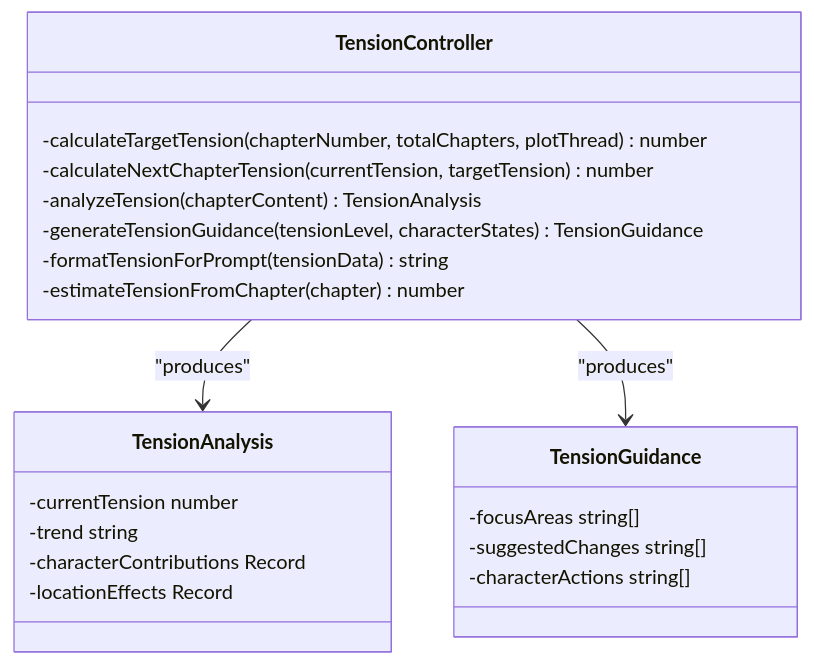
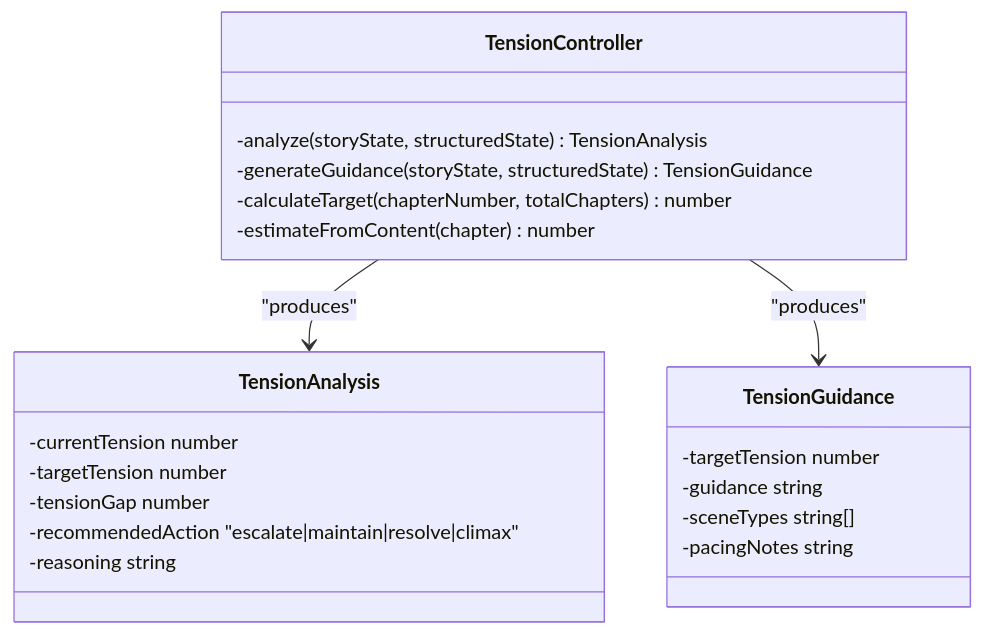
One commit to liwonder/NARRITIVE_OS changed the seventh of 11 diagrams in .qoder/repowiki/en/content/Engine Architecture/Engine Architecture.md. Above: the diagram before and after it, drawn with Mermaid. The commit also changed other lines of this file and 12 other files, not shown here.

````diff
--- a/.qoder/repowiki/en/content/Engine Architecture/Engine Architecture.md
+++ b/.qoder/repowiki/en/content/Engine Architecture/Engine Architecture.md
@@ -520,24 +567,24 @@
 ```mermaid
 classDiagram
 class TensionController {
--calculateTargetTension(chapterNumber, totalChapters, plotThread) number
--calculateNextChapterTension(currentTension, targetTension) number
--analyzeTension(chapterContent) TensionAnalysis
--generateTensionGuidance(tensionLevel, characterStates) TensionGuidance
--formatTensionForPrompt(tensionData) string
--estimateTensionFromChapter(chapter) number
+-analyze(storyState, structuredState) TensionAnalysis
+-generateGuidance(storyState, structuredState) TensionGuidance
+-calculateTarget(chapterNumber, totalChapters) number
+-estimateFromContent(chapter) number
 }
 class TensionAnalysis {
 -currentTension number
--trend string
--characterContributions Record
--locationEffects Record
+-targetTension number
+-tensionGap number
+-recommendedAction "escalate|maintain|resolve|climax"
+-reasoning string
 }
 class TensionGuidance {
--focusAreas string[]
--suggestedChanges string[]
--characterActions string[]
+-targetTension number
+-guidance string
+-sceneTypes string[]
+-pacingNotes string
 }
 TensionController --> TensionAnalysis : "produces"
 TensionController --> TensionGuidance : "produces"
 ```
````
